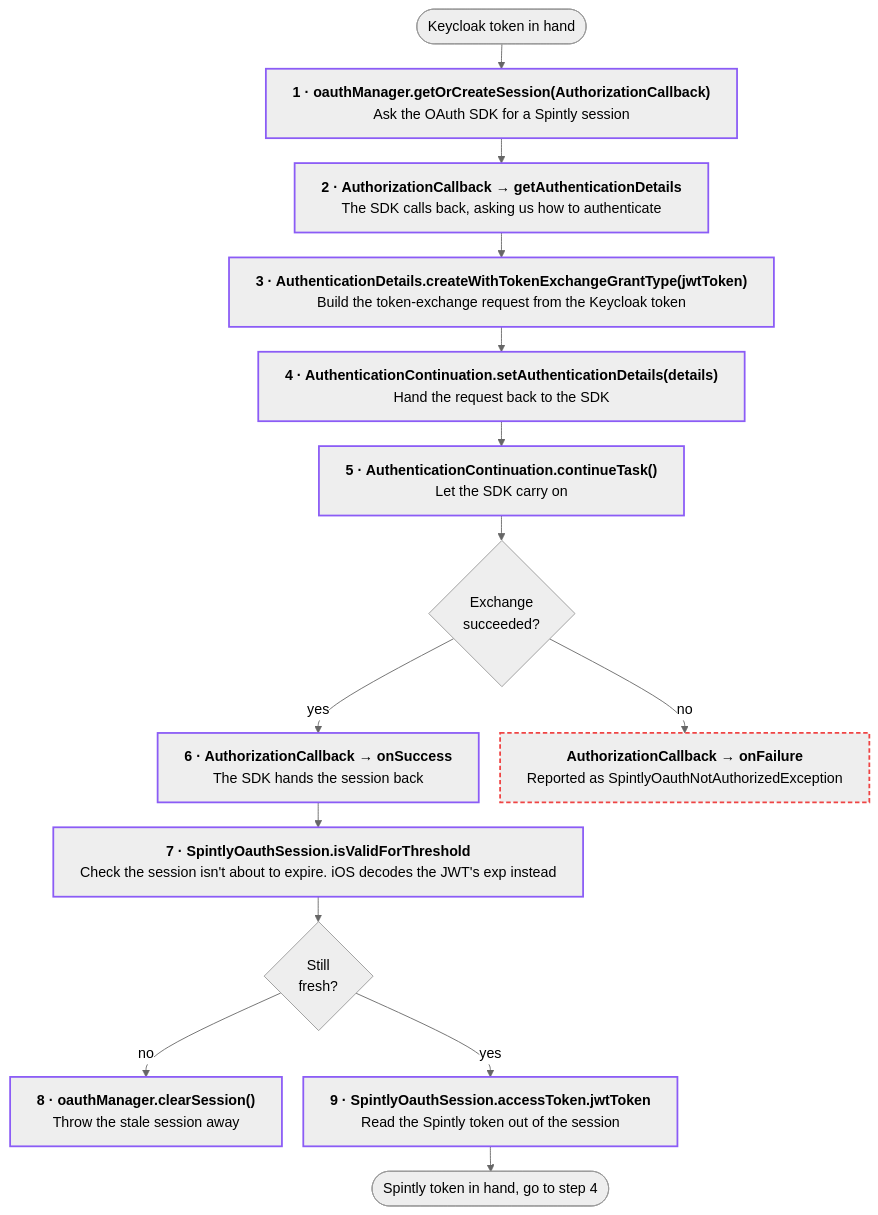
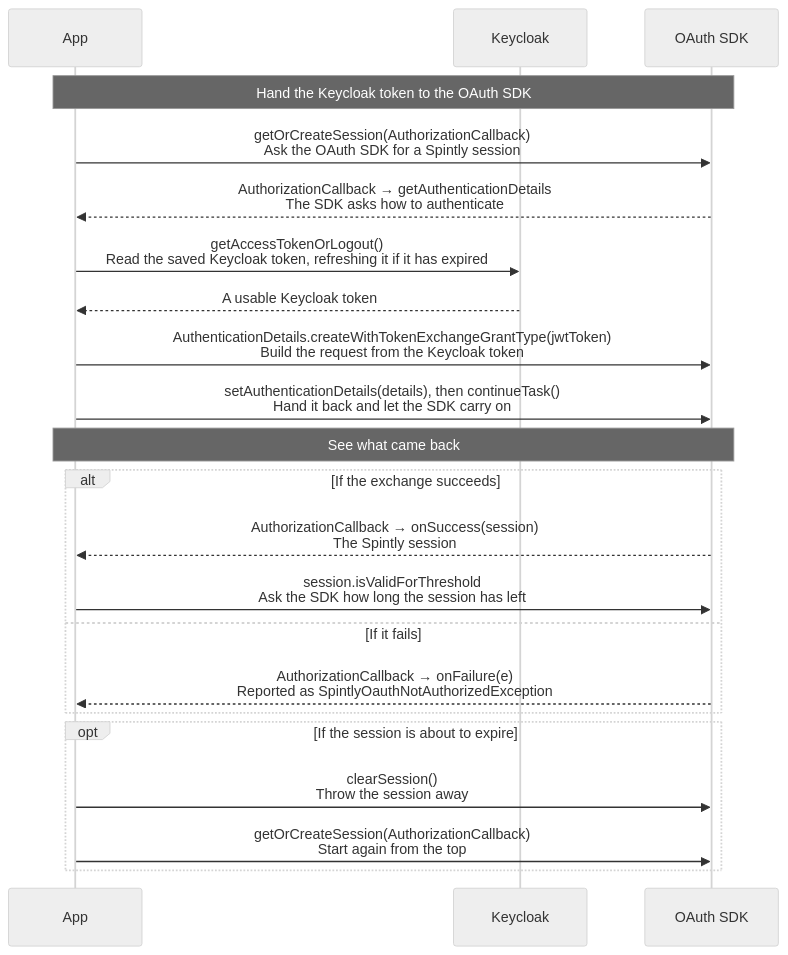
The ninth of 15 diagrams in docs/user-onboarding.md (Yash-Wadatkar-Binaryveda/sdk-docs-site), drawn with Mermaid (neutral theme) before and after one commit. The commit also changed other lines of this file and 7 other files, not shown here.

````diff
--- a/docs/user-onboarding.md
+++ b/docs/user-onboarding.md
@@ -156,23 +384,26 @@
     ```mermaid
-    %%{init:{"flowchart":{"wrappingWidth":570,"nodeSpacing":24,"rankSpacing":28}}}%%
-    flowchart TD
-        S(["Keycloak token in hand"]) --> N1
-        N1["<b>1 · oauthManager.getOrCreateSession(AuthorizationCallback)</b><br/>Ask the OAuth SDK for a Spintly session"]
-        N1 --> N2["<b>2 · AuthorizationCallback → getAuthenticationDetails</b><br/>The SDK calls back, asking us how to authenticate"]
-        N2 --> N3["<b>3 · AuthenticationDetails.createWithTokenExchangeGrantType(jwtToken)</b><br/>Build the token-exchange request from the Keycloak token"]
-        N3 --> N4["<b>4 · AuthenticationContinuation.setAuthenticationDetails(details)</b><br/>Hand the request back to the SDK"]
-        N4 --> N5["<b>5 · AuthenticationContinuation.continueTask()</b><br/>Let the SDK carry on"]
-        N5 --> D{"Exchange<br/>succeeded?"}
-        D -->|yes| N6["<b>6 · AuthorizationCallback → onSuccess</b><br/>The SDK hands the session back"]
-        D -->|no| F["<b>AuthorizationCallback → onFailure</b><br/>Reported as SpintlyOauthNotAuthorizedException"]
-        N6 --> N7["<b>7 · SpintlyOauthSession.isValidForThreshold</b><br/>Check the session isn't about to expire. iOS decodes the JWT's exp instead"]
-        N7 --> D2{"Still<br/>fresh?"}
-        D2 -->|no| N8["<b>8 · oauthManager.clearSession()</b><br/>Throw the stale session away"]
-        D2 -->|yes| N9["<b>9 · SpintlyOauthSession.accessToken.jwtToken</b><br/>Read the Spintly token out of the session"]
-        N9 --> E(["Spintly token in hand, go to step 4"])
+    sequenceDiagram
+        participant A as App
+        participant K as Keycloak
+        participant O as OAuth SDK
 
-        classDef sdkOauth stroke:#8b5cf6,stroke-width:2px
-        classDef fail stroke:#ef4444,stroke-width:2px,stroke-dasharray:5 3
-        class N1,N2,N3,N4,N5,N6,N7,N8,N9 sdkOauth
-        class F fail
+        Note over A,O: Hand the Keycloak token to the OAuth SDK
+        A->>O: getOrCreateSession(AuthorizationCallback)<br/>Ask the OAuth SDK for a Spintly session
+        O-->>A: AuthorizationCallback → getAuthenticationDetails<br/>The SDK asks how to authenticate
+        A->>K: getAccessTokenOrLogout()<br/>Read the saved Keycloak token, refreshing it if it has expired
+        K-->>A: A usable Keycloak token
+        A->>O: AuthenticationDetails.createWithTokenExchangeGrantType(jwtToken)<br/>Build the request from the Keycloak token
+        A->>O: setAuthenticationDetails(details), then continueTask()<br/>Hand it back and let the SDK carry on
+
+        Note over A,O: See what came back
+        alt If the exchange succeeds
+            O-->>A: AuthorizationCallback → onSuccess(session)<br/>The Spintly session
+            A->>O: session.isValidForThreshold<br/>Ask the SDK how long the session has left
+        else If it fails
+            O-->>A: AuthorizationCallback → onFailure(e)<br/>Reported as SpintlyOauthNotAuthorizedException
+        end
+        opt If the session is about to expire
+            A->>O: clearSession()<br/>Throw the session away
+            A->>O: getOrCreateSession(AuthorizationCallback)<br/>Start again from the top
+        end
     ```
````
